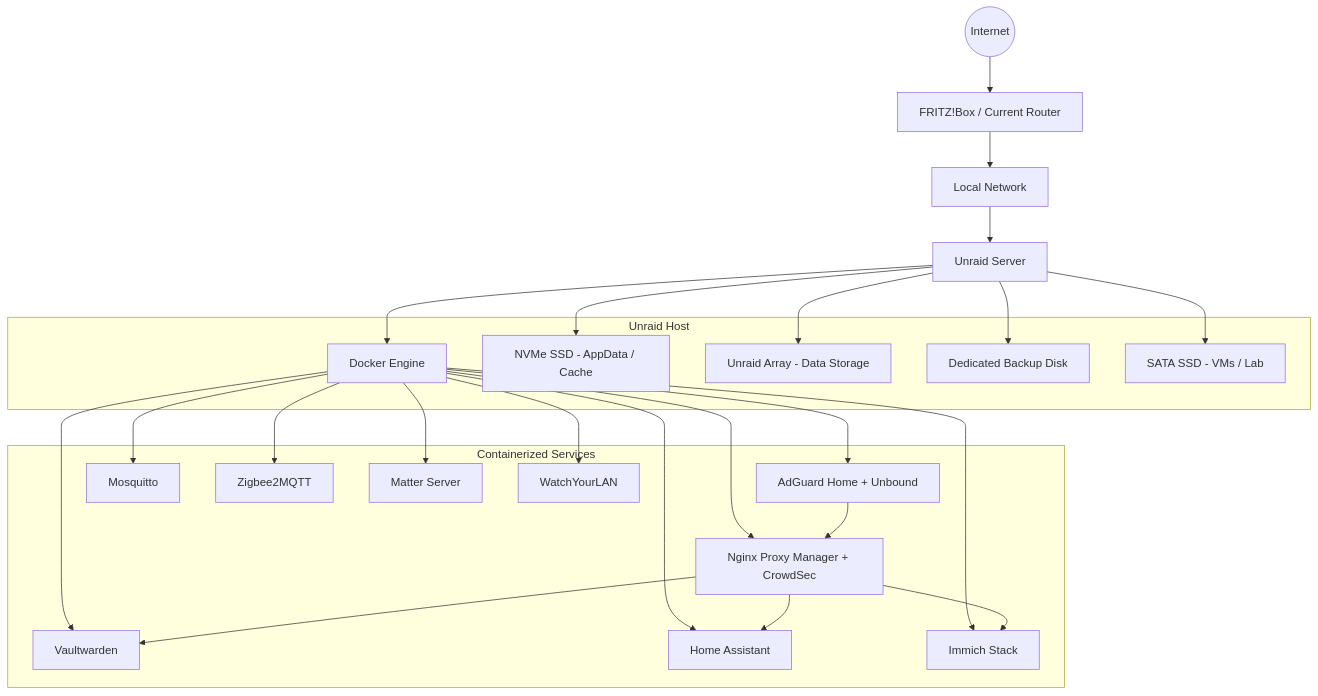
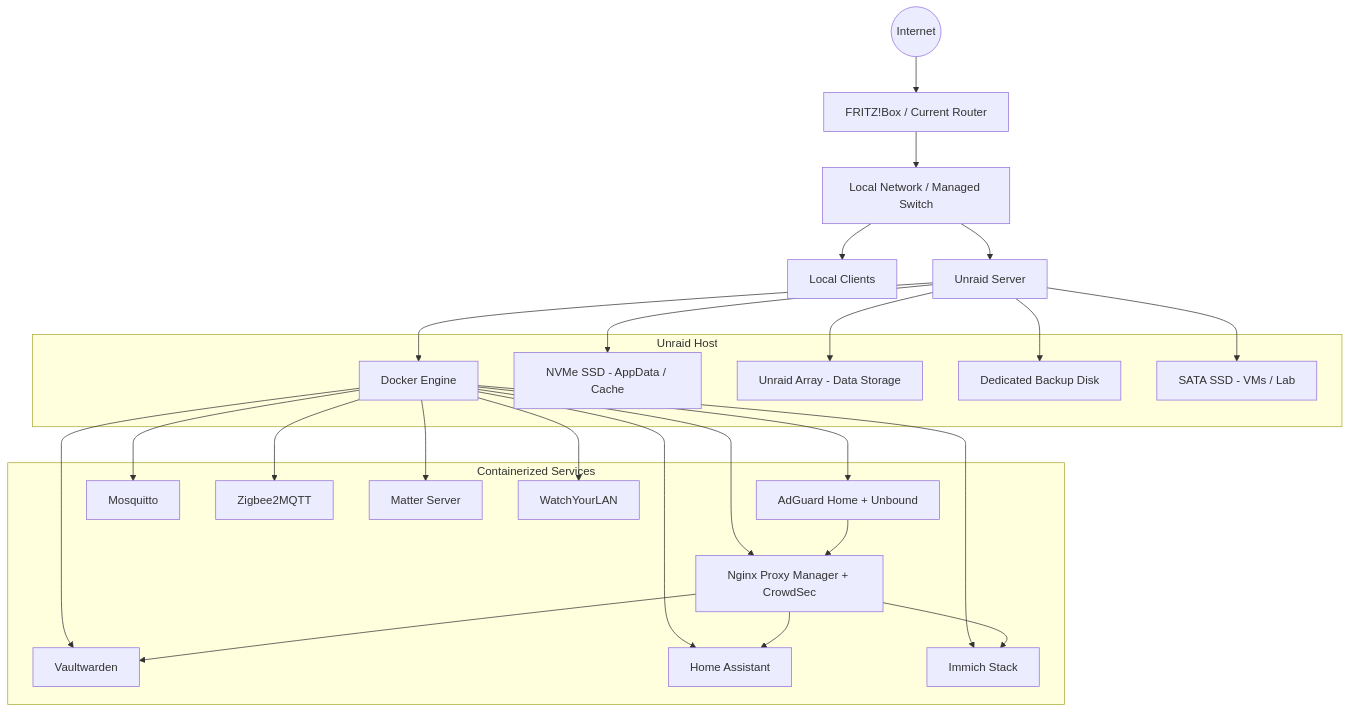
One commit to ThomasMann2001/HeimServer-Projekt changed the first of 3 diagrams in docs/architecture.md. Above: the diagram before and after it, drawn with Mermaid. The commit also changed other lines of this file, not shown here.

First line of the commit message:
Revise architecture document for clarity and updates

````diff
--- a/docs/architecture.md
+++ b/docs/architecture.md
@@ -24,52 +25,54 @@
 ```mermaid
 flowchart TD
     Internet((Internet))
     Fritzbox["FRITZ!Box / Current Router"]
-    LAN["Local Network"]
+    Switch["Local Network / Managed Switch"]
+    Clients["Local Clients"]
     Unraid["Unraid Server"]
 
     Internet --> Fritzbox
-    Fritzbox --> LAN
-    LAN --> Unraid
+    Fritzbox --> Switch
+    Switch --> Clients
+    Switch --> Unraid
 
     subgraph UnraidHost["Unraid Host"]
         Docker["Docker Engine"]
         Cache["NVMe SSD - AppData / Cache"]
         ArrayStorage["Unraid Array - Data Storage"]
         BackupDisk["Dedicated Backup Disk"]
         LabSSD["SATA SSD - VMs / Lab"]
     end
 
     Unraid --> Docker
     Unraid --> Cache
     Unraid --> ArrayStorage
     Unraid --> BackupDisk
     Unraid --> LabSSD
 
     subgraph CoreServices["Containerized Services"]
         DNS["AdGuard Home + Unbound"]
         Proxy["Nginx Proxy Manager + CrowdSec"]
         Vault["Vaultwarden"]
         HomeAssistant["Home Assistant"]
         MQTT["Mosquitto"]
         Zigbee["Zigbee2MQTT"]
         Matter["Matter Server"]
         Immich["Immich Stack"]
         Watch["WatchYourLAN"]
     end
 
     Docker --> DNS
     Docker --> Proxy
     Docker --> Vault
     Docker --> HomeAssistant
     Docker --> MQTT
     Docker --> Zigbee
     Docker --> Matter
     Docker --> Immich
     Docker --> Watch
 
     DNS --> Proxy
     Proxy --> Vault
     Proxy --> HomeAssistant
     Proxy --> Immich
 ```
````
